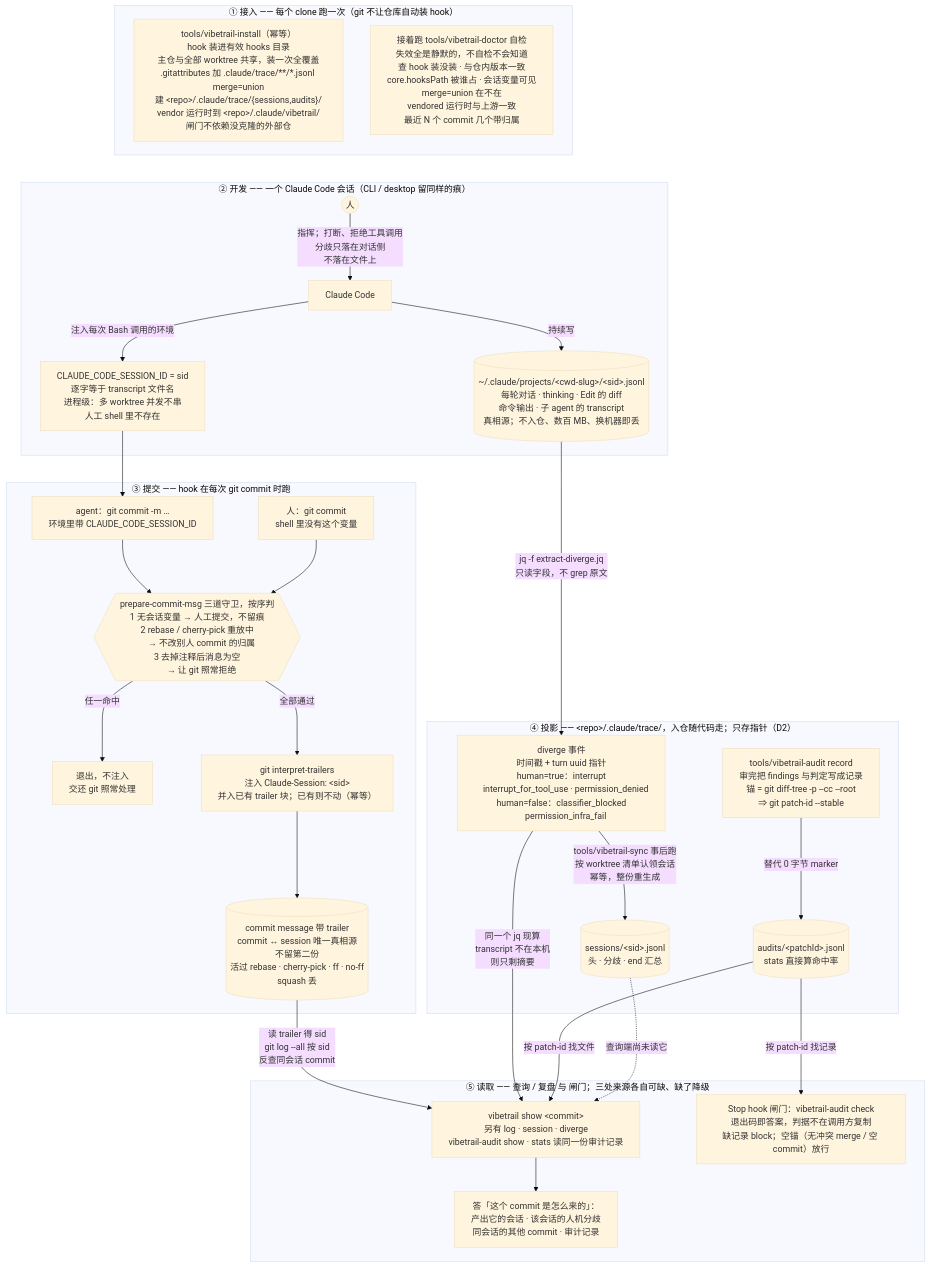
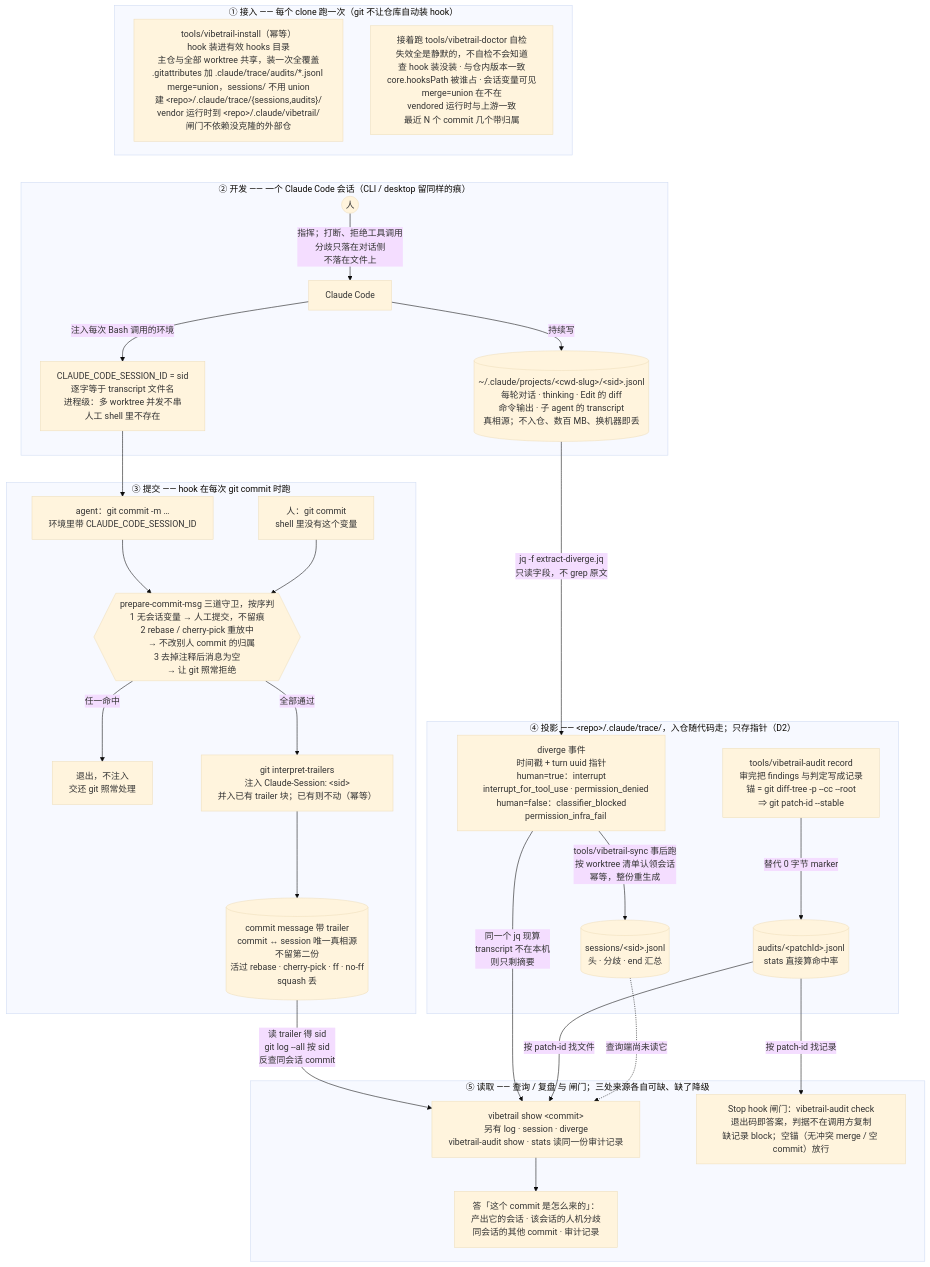
One commit to gupf0719/vibetrail changed the diagram in FLOW.md. Above: the diagram before and after it, drawn with Mermaid (base theme). The commit also changed 4 other files, not shown here.

First line of the commit message:
fix: install/doctor 的 merge=union 规则跟上 9bb5498 的收窄；故障套件 T15–T17

````diff
--- a/FLOW.md
+++ b/FLOW.md
@@ -12,47 +12,47 @@
 ```mermaid
 %%{init: {"flowchart": {"wrappingWidth": 320}}}%%
 flowchart TB
     subgraph S0["① 接入 —— 每个 clone 跑一次（git 不让仓库自动装 hook）"]
-        IN["tools/vibetrail-install（幂等）<br/>hook 装进有效 hooks 目录<br/>主仓与全部 worktree 共享，装一次全覆盖<br/>.gitattributes 加 .claude/trace/**/*.jsonl merge=union<br/>建 &lt;repo&gt;/.claude/trace/{sessions,audits}/<br/>vendor 运行时到 &lt;repo&gt;/.claude/vibetrail/<br/>闸门不依赖没克隆的外部仓"]
+        IN["tools/vibetrail-install（幂等）<br/>hook 装进有效 hooks 目录<br/>主仓与全部 worktree 共享，装一次全覆盖<br/>.gitattributes 加 .claude/trace/audits/*.jsonl merge=union，sessions/ 不用 union<br/>建 &lt;repo&gt;/.claude/trace/{sessions,audits}/<br/>vendor 运行时到 &lt;repo&gt;/.claude/vibetrail/<br/>闸门不依赖没克隆的外部仓"]
         DR["接着跑 tools/vibetrail-doctor 自检<br/>失效全是静默的，不自检不会知道<br/>查 hook 装没装 · 与仓内版本一致<br/>core.hooksPath 被谁占 · 会话变量可见<br/>merge=union 在不在<br/>vendored 运行时与上游一致<br/>最近 N 个 commit 几个带归属"]
     end
 
     subgraph S1["② 开发 —— 一个 Claude Code 会话（CLI / desktop 留同样的痕）"]
         H(("人")) -->|"指挥；打断、拒绝工具调用<br/>分歧只落在对话侧<br/>不落在文件上"| CC["Claude Code"]
         CC -->|"持续写"| TR[("~/.claude/projects/&lt;cwd-slug&gt;/&lt;sid&gt;.jsonl<br/>每轮对话 · thinking · Edit 的 diff<br/>命令输出 · 子 agent 的 transcript<br/>真相源；不入仓、数百 MB、换机器即丢")]
         CC -->|"注入每次 Bash 调用的环境"| EV["CLAUDE_CODE_SESSION_ID = sid<br/>逐字等于 transcript 文件名<br/>进程级：多 worktree 并发不串<br/>人工 shell 里不存在"]
     end
 
     subgraph S2["③ 提交 —— hook 在每次 git commit 时跑"]
         GC["agent：git commit -m …<br/>环境里带 CLAUDE_CODE_SESSION_ID"]
         HM["人：git commit<br/>shell 里没有这个变量"]
         GC --> G{{"prepare-commit-msg 三道守卫，按序判<br/>1 无会话变量 → 人工提交，不留痕<br/>2 rebase / cherry-pick 重放中<br/>　→ 不改别人 commit 的归属<br/>3 去掉注释后消息为空<br/>　→ 让 git 照常拒绝"}}
         HM --> G
         G -->|"任一命中"| X["退出，不注入<br/>交还 git 照常处理"]
         G -->|"全部通过"| IT["git interpret-trailers<br/>注入 Claude-Session: &lt;sid&gt;<br/>并入已有 trailer 块；已有则不动（幂等）"]
         IT --> CM[("commit message 带 trailer<br/>commit ↔ session 唯一真相源<br/>不留第二份<br/>活过 rebase · cherry-pick · ff · no-ff<br/>squash 丢")]
     end
 
     subgraph S3["④ 投影 —— &lt;repo&gt;/.claude/trace/，入仓随代码走；只存指针（D2）"]
         DV["diverge 事件<br/>时间戳 + turn uuid 指针<br/>human=true：interrupt<br/>　interrupt_for_tool_use · permission_denied<br/>human=false：classifier_blocked<br/>　permission_infra_fail"]
         DV -->|"tools/vibetrail-sync 事后跑<br/>按 worktree 清单认领会话<br/>幂等，整份重生成"| SF[("sessions/&lt;sid&gt;.jsonl<br/>头 · 分歧 · end 汇总")]
         MA["tools/vibetrail-audit record<br/>审完把 findings 与判定写成记录<br/>锚 = git diff-tree -p --cc --root<br/>⇒ git patch-id --stable"] -->|"替代 0 字节 marker"| AF[("audits/&lt;patchId&gt;.jsonl<br/>stats 直接算命中率")]
     end
 
     subgraph S4["⑤ 读取 —— 查询 / 复盘 与 闸门；三处来源各自可缺、缺了降级"]
         Q["vibetrail show &lt;commit&gt;<br/>另有 log · session · diverge<br/>vibetrail-audit show · stats 读同一份审计记录"]
         Q --> OUT["答「这个 commit 是怎么来的」：<br/>产出它的会话 · 该会话的人机分歧<br/>同会话的其他 commit · 审计记录"]
         GT["Stop hook 闸门：vibetrail-audit check<br/>退出码即答案，判据不在调用方复制<br/>缺记录 block；空锚（无冲突 merge / 空 commit）放行"]
     end
 
     EV --> GC
     TR -->|"jq -f extract-diverge.jq<br/>只读字段，不 grep 原文"| DV
     CM -->|"读 trailer 得 sid<br/>git log --all 按 sid<br/>反查同会话 commit"| Q
     DV -->|"同一个 jq 现算<br/>transcript 不在本机<br/>则只剩摘要"| Q
     AF -->|"按 patch-id 找文件"| Q
     AF -->|"按 patch-id 找记录"| GT
     SF -.->|"查询端尚未读它"| Q
 
     IN ~~~ H
     DR ~~~ H
 ```
````
